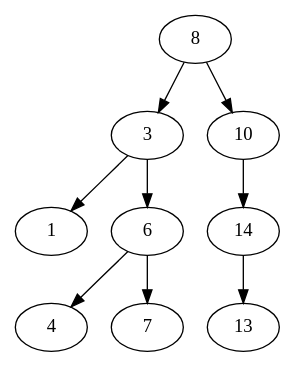
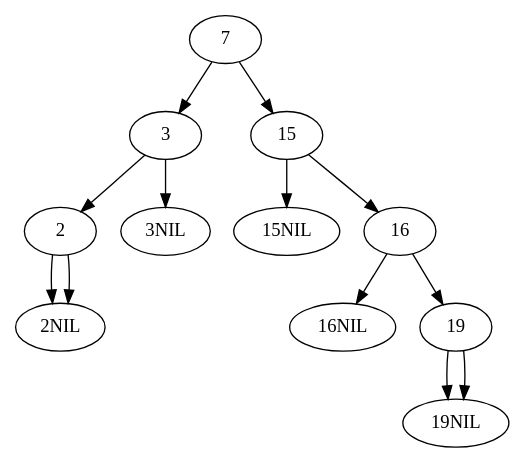
One commit to YoheiSaito/algorithm changed the diagram in test.dot. Above: the diagram before and after it, drawn with Graphviz. The commit also changed 4 other files, not shown here.

```diff
--- a/test.dot
+++ b/test.dot
@@ -1,24 +1,28 @@
 digraph binary_graph{
 graph[
 charset = "utf-8",
 labelloc = "t",
 labeljust = "c",
 bgcolor = "white",
 fontcolor = "black",
 fontsize = 8,
 style = "filled",
 layout = dot
 ];
 edge[
 color = black 
 ];
-8;
-8->3;
-3->1;
-3->6;
-6->4;
-6->7;
-8->10;
-10->14;
-14->13;
+7;
+7->3;
+3->2;
+2->"2NIL";
+2->"2NIL";
+3->"3NIL";
+7->15;
+15->"15NIL";
+15->16;
+16->"16NIL";
+16->19;
+19->"19NIL";
+19->"19NIL";
 }
```
